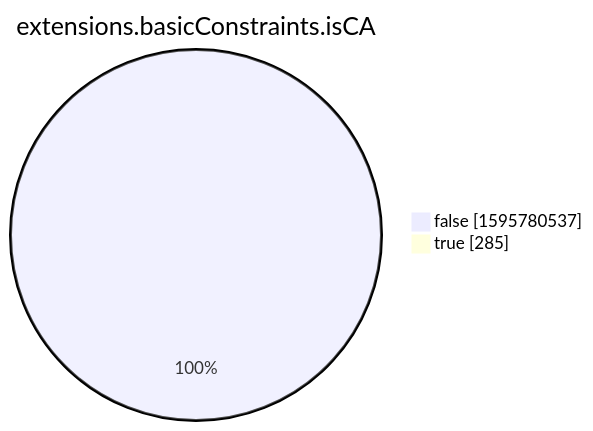
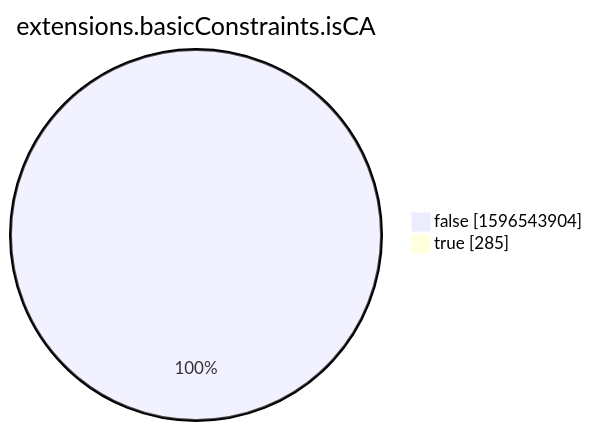
Before and after one commit to christiankrug/ctmonitor_visualization: the eighth of 15 diagrams in xenon2022/README.md, drawn with Mermaid. The commit also changed other lines of this file, not shown here.

````diff
--- a/xenon2022/README.md
+++ b/xenon2022/README.md
@@ -2862,6 +2862,6 @@
 ```mermaid
 pie showData
 title extensions.basicConstraints.isCA
-"false" :1595780537
+"false" :1596543904
 "true" :285
 ```
````
